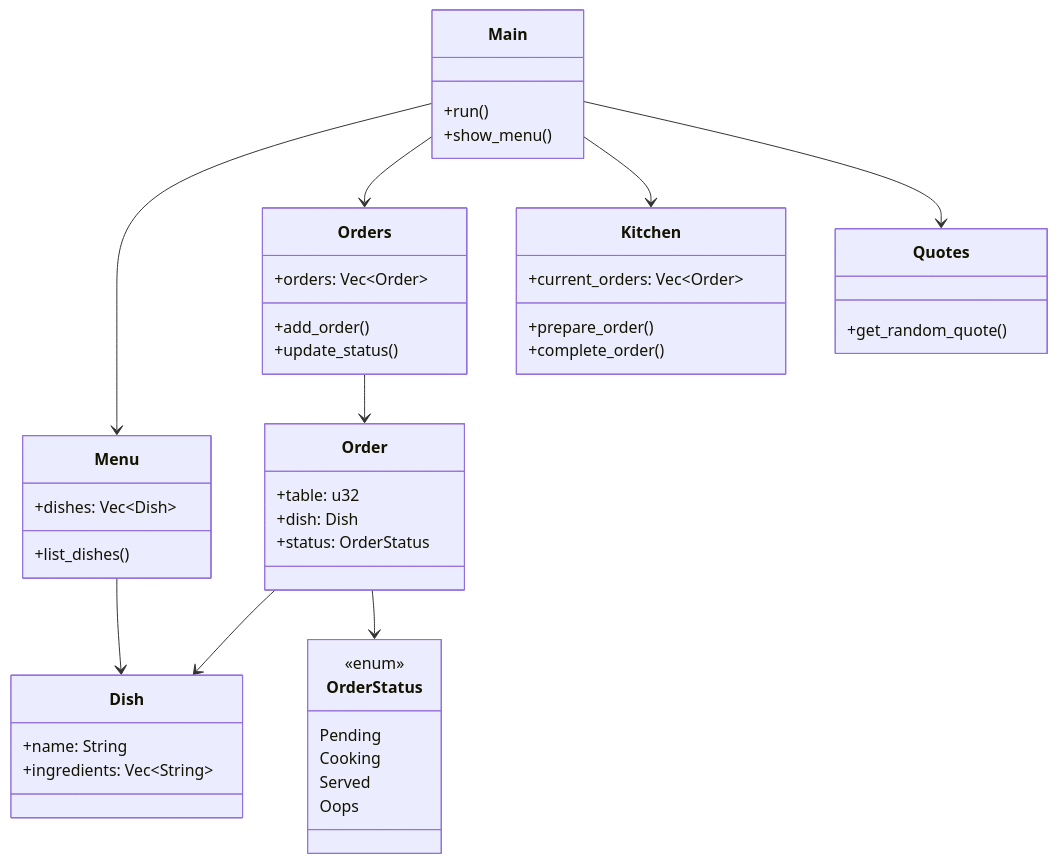
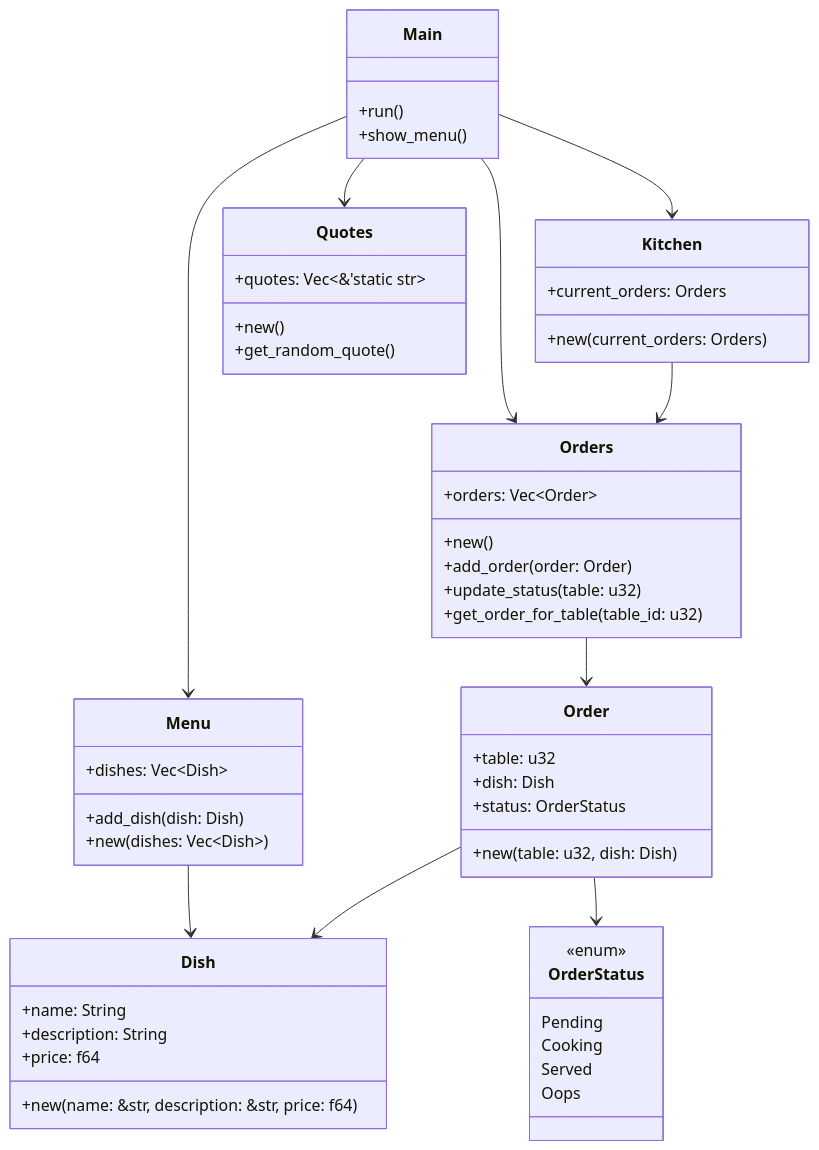
One commit to RafaelJohn9/RustyBucket changed the diagram in ratatui/PLANNING.md. Above: the diagram before and after it, drawn with Mermaid. The commit also changed other lines of this file, not shown here.

Commit message:
Update: Planning md: Updated UML Diagram

````diff
--- a/ratatui/PLANNING.md
+++ b/ratatui/PLANNING.md
@@ -121,49 +123,57 @@
 ```mermaid
 classDiagram
     class Main {
         +run()
         +show_menu()
     }
     class Menu {
         +dishes: Vec~Dish~
-        +list_dishes()
+        +add_dish(dish: Dish)
+        +new(dishes: Vec~Dish~)
+    }
+    class Dish {
+        +name: String
+        +description: String
+        +price: f64
+        +new(name: &str, description: &str, price: f64)
     }
     class Orders {
         +orders: Vec~Order~
-        +add_order()
-        +update_status()
-    }
-    class Kitchen {
-        +prepare_order()
-        +complete_order()
-        +current_orders: Vec~Order~
-    }
-    class Quotes {
-        +get_random_quote()
-    }
-    class Dish {
-        +name: String
-        +ingredients: Vec~String~
+        +new()
+        +add_order(order: Order)
+        +update_status(table: u32)
+        +get_order_for_table(table_id: u32)
     }
     class Order {
         +table: u32
         +dish: Dish
         +status: OrderStatus
+        +new(table: u32, dish: Dish)
     }
     class OrderStatus {
         <<enum>>
         Pending
         Cooking
         Served
         Oops
     }
+    class Kitchen {
+        +current_orders: Orders
+        +new(current_orders: Orders)
+    }
+    class Quotes {
+        +quotes: Vec~&'static str~
+        +new()
+        +get_random_quote()
+    }
 
     Main --> Menu
     Main --> Orders
     Main --> Kitchen
     Main --> Quotes
+    Menu --> Dish
     Orders --> Order
     Order --> Dish
     Order --> OrderStatus
-    Menu --> Dish
+    Kitchen --> Orders
 ```
````
